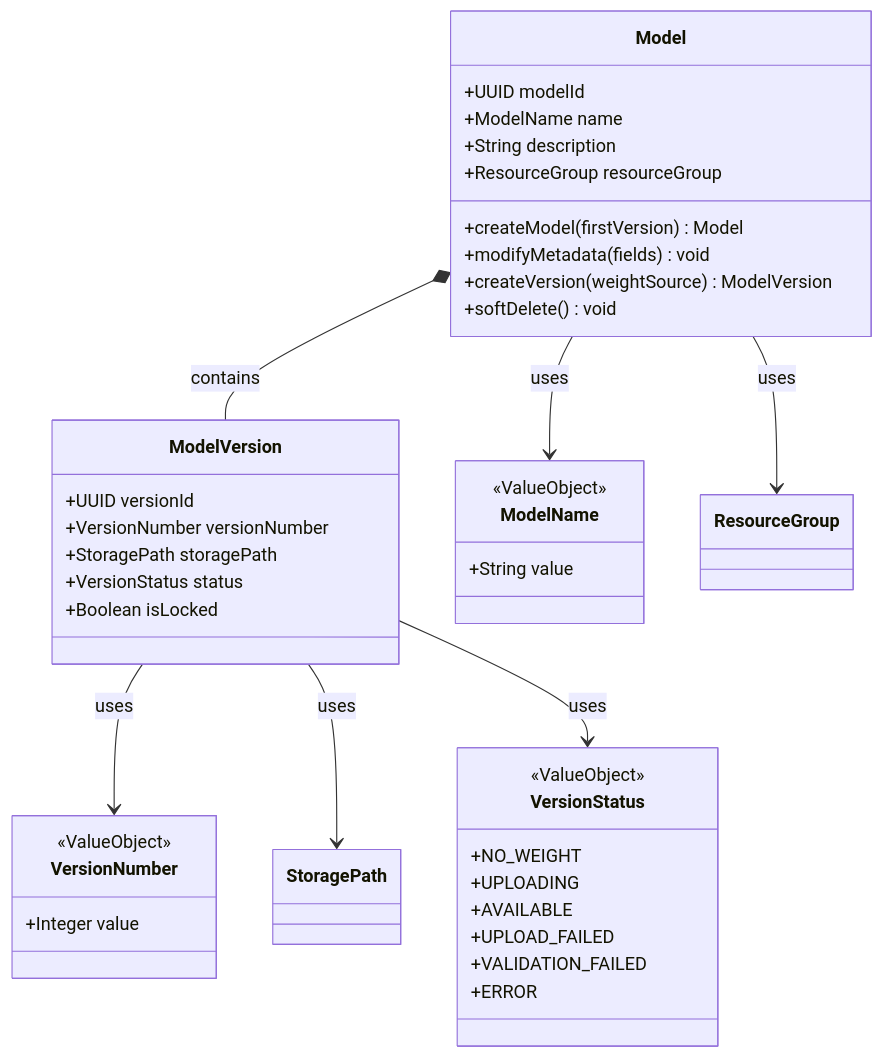
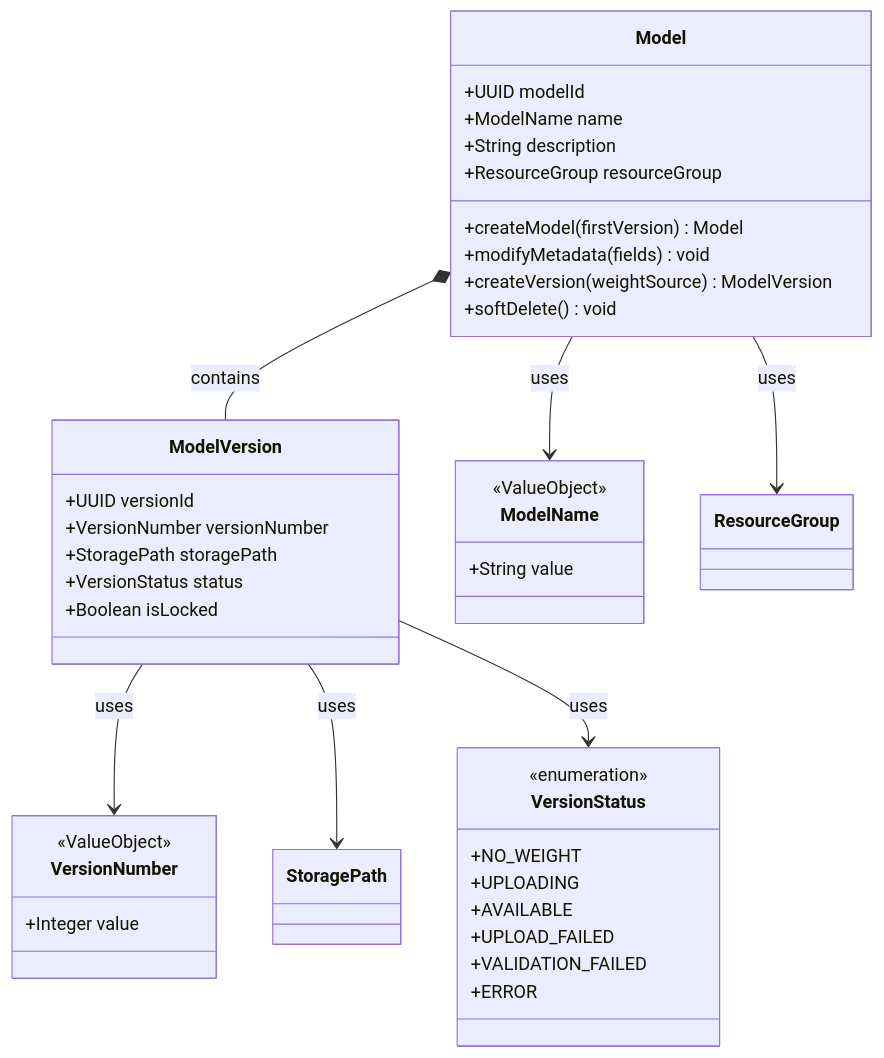
Before and after one commit to HaoruiSong622/model-lite-repository: the second of 4 diagrams in .sisyphus/drafts/feature-design-template.md, drawn with Mermaid. The commit also changed 8 other files, not shown here.

````diff
--- a/.sisyphus/drafts/feature-design-template.md
+++ b/.sisyphus/drafts/feature-design-template.md
@@ -120,49 +120,49 @@
 ```mermaid
 classDiagram
     %% 示例：Model 聚合结构
     class Model {
         +UUID modelId
         +ModelName name
         +String description
         +ResourceGroup resourceGroup
         +createModel(firstVersion) Model
         +modifyMetadata(fields) void
         +createVersion(weightSource) ModelVersion
         +softDelete() void
     }
     
     class ModelVersion {
         +UUID versionId
         +VersionNumber versionNumber
         +StoragePath storagePath
         +VersionStatus status
         +Boolean isLocked
     }
     
     class ModelName {
         <<ValueObject>>
         +String value
     }
     
     class VersionNumber {
         <<ValueObject>>
         +Integer value
     }
     
     class VersionStatus {
-        <<ValueObject>>
+        <<enumeration>>
         +NO_WEIGHT
         +UPLOADING
         +AVAILABLE
         +UPLOAD_FAILED
         +VALIDATION_FAILED
         +ERROR
     }
     
     Model *-- ModelVersion : contains
     Model --> ModelName : uses
     Model --> ResourceGroup : uses
     ModelVersion --> VersionNumber : uses
     ModelVersion --> StoragePath : uses
     ModelVersion --> VersionStatus : uses
 ```
````
